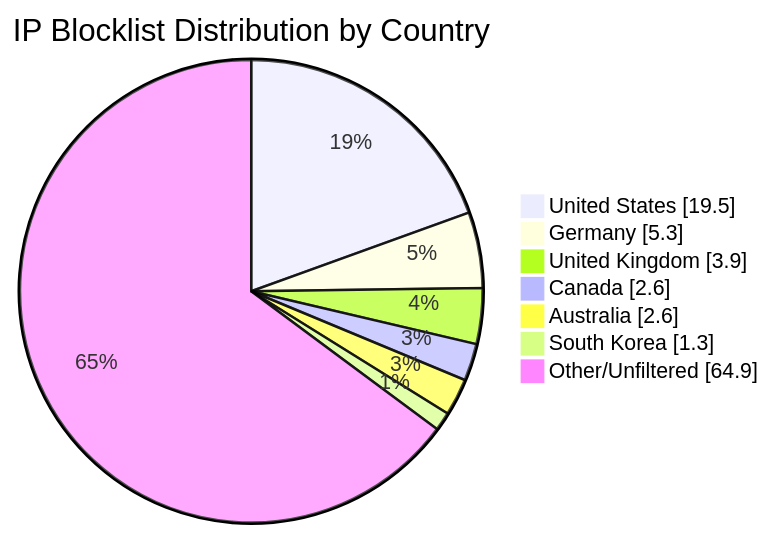
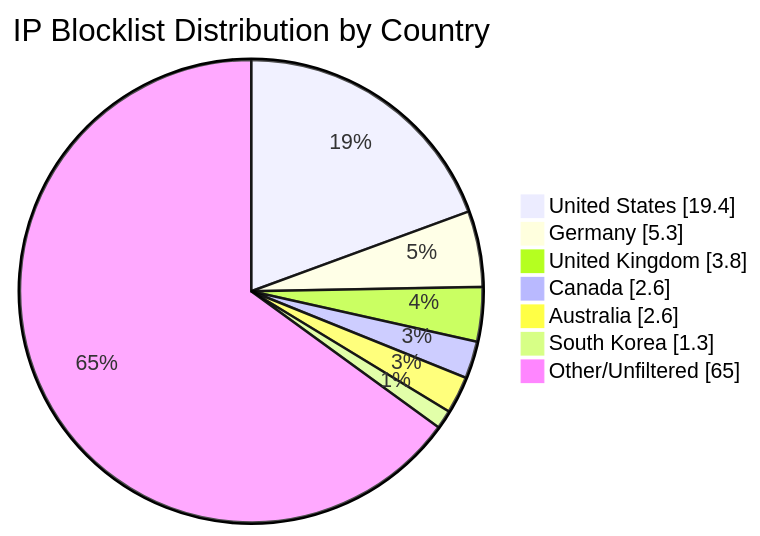
The diagram in README.md (MarcusHoltz/ipblocklist-geofiltered-aggregator), drawn with Mermaid before and after one commit. The commit also changed other lines of this file and 9 other files, not shown here.

````diff
--- a/README.md
+++ b/README.md
@@ -34,10 +34,10 @@
 ```mermaid
 pie showData title IP Blocklist Distribution by Country
-"United States" : 19.5
+"United States" : 19.4
 "Germany" : 5.3
-"United Kingdom" : 3.9
+"United Kingdom" : 3.8
 "Canada" : 2.6
 "Australia" : 2.6
 "South Korea" : 1.3
-"Other/Unfiltered" : 64.9
+"Other/Unfiltered" : 65.0
 ```
````
